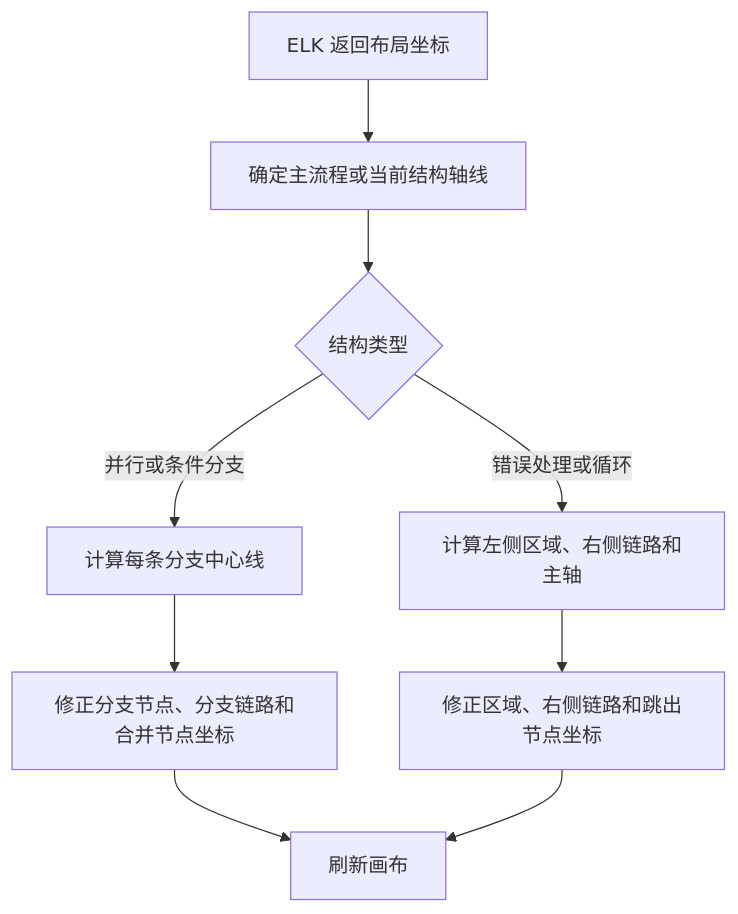
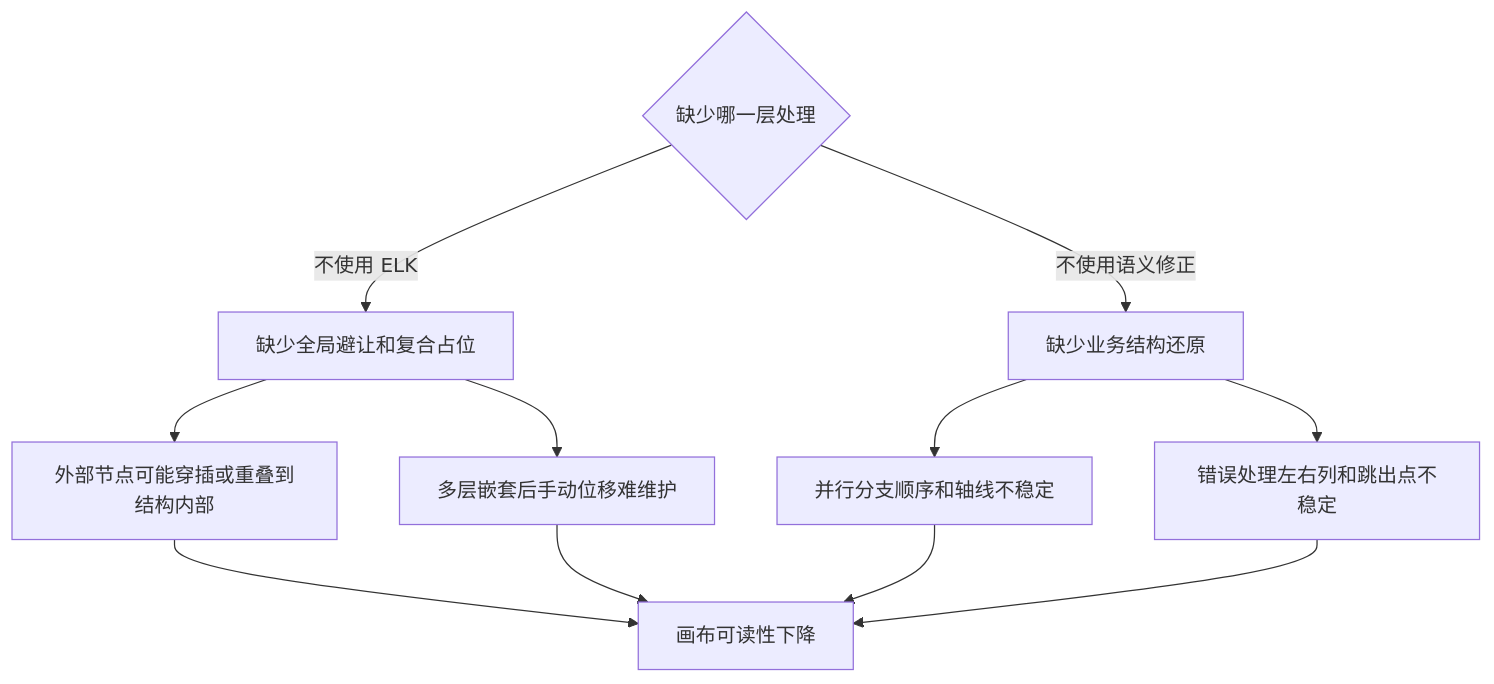
Diagram 18 of 28 in front/doc/2026年6月文档/连接流配置需求设计说明书.md (THZSummer/open-app), drawn with Mermaid before and after one commit. The commit also changed other lines of this file, not shown here.

````diff
--- a/front/doc/2026年6月文档/连接流配置需求设计说明书.md
+++ b/front/doc/2026年6月文档/连接流配置需求设计说明书.md
@@ -964,11 +990,13 @@
 ```mermaid
 flowchart TD
-  Layouted[ELK 返回布局坐标] --> FindAxis[确定主流程或当前结构轴线]
-  FindAxis --> StructureType{结构类型}
-  StructureType -->|并行或条件分支| ParallelAxis[计算每条分支中心线]
-  StructureType -->|错误处理或循环| LoopAxis[计算左侧区域、右侧链路和主轴]
-  ParallelAxis --> AlignParallel[修正分支节点、分支链路和合并节点坐标]
-  LoopAxis --> AlignLoop[修正区域、右侧链路和跳出节点坐标]
-  AlignParallel --> Render[刷新画布]
-  AlignLoop --> Render
+  Missing{缺少哪一层处理} -->|不使用 ELK| NoElk[缺少全局避让和复合占位]
+  Missing -->|不使用语义修正| NoSemantic[缺少业务结构还原]
+  NoElk --> Overlap[外部节点可能穿插或重叠到结构内部]
+  NoElk --> HardMaintain[多层嵌套后手动位移难维护]
+  NoSemantic --> BranchWrong[并行分支顺序和轴线不稳定]
+  NoSemantic --> ErrorWrong[错误处理左右列和跳出点不稳定]
+  Overlap --> BadRead[画布可读性下降]
+  HardMaintain --> BadRead
+  BranchWrong --> BadRead
+  ErrorWrong --> BadRead
 ```
````
